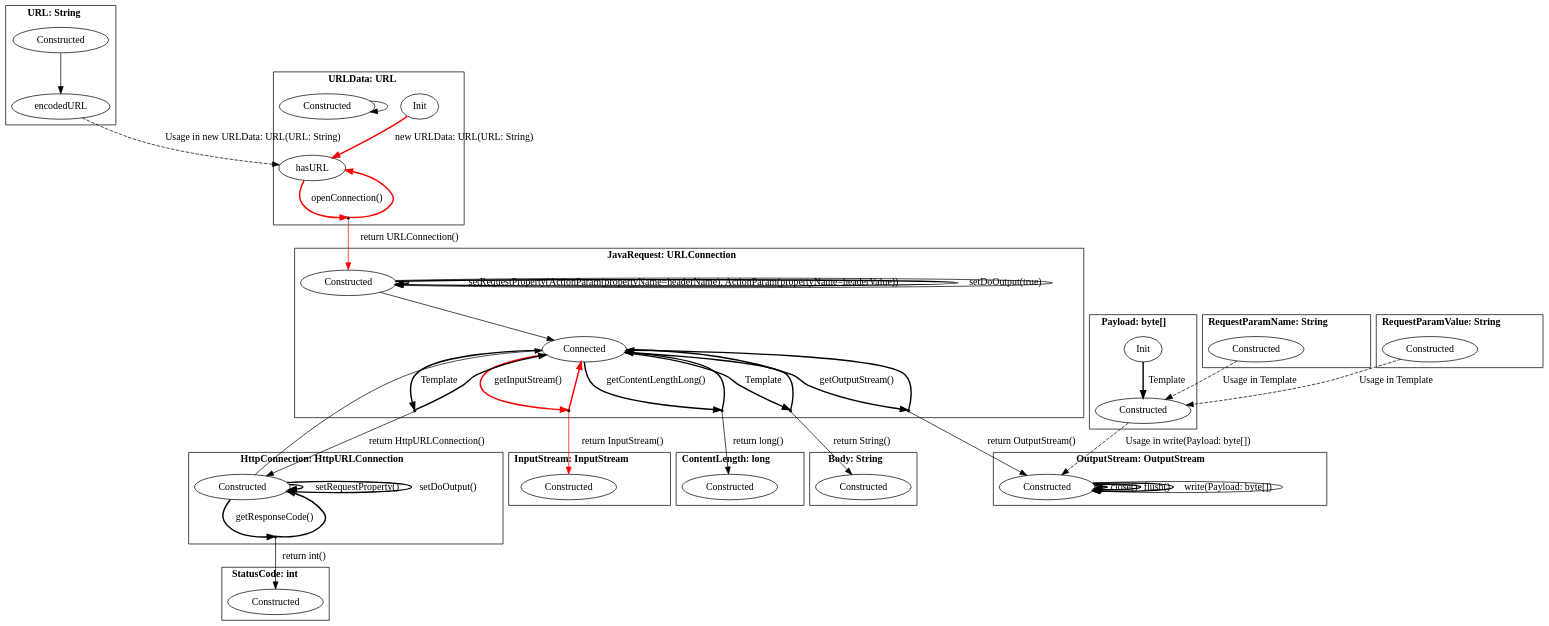
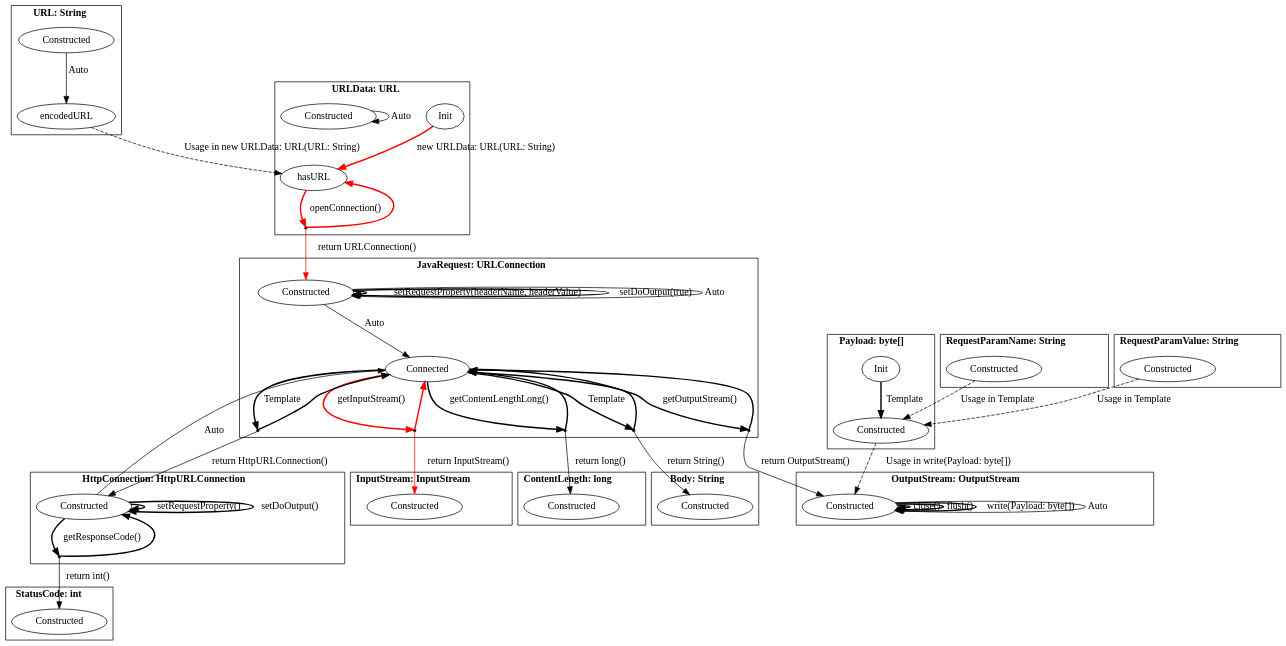
The diagram in pictures/extracted_javaOfficial.dot (h31/LibraryMigration), drawn with Graphviz before and after one commit. The commit also changed 12 other files, not shown here.

```diff
--- a/pictures/extracted_javaOfficial.dot
+++ b/pictures/extracted_javaOfficial.dot
@@ -1,103 +1,103 @@
 digraph G {
     bgcolor="transparent";
     subgraph cluster0 {
     label = <<B>URL: String</B>>;
         Constructed_URL [ label="Constructed" ];
         encodedURL_URL [ label="encodedURL" ];
     }
     subgraph cluster1 {
     label = <<B>URLData: URL</B>>;
         Init_URLData [ label="Init" ];
         hasURL_URLData [ label="hasURL" ];
         Constructed_URLData [ label="Constructed" ];
         virtual0 [ shape = point ];
     }
     subgraph cluster2 {
     label = <<B>JavaRequest: URLConnection</B>>;
         Constructed_JavaRequest [ label="Constructed" ];
         Connected_JavaRequest [ label="Connected" ];
         virtual1 [ shape = point ];
         virtual2 [ shape = point ];
         virtual3 [ shape = point ];
         virtual4 [ shape = point ];
         virtual5 [ shape = point ];
     }
     subgraph cluster3 {
     label = <<B>Body: String</B>>;
         Constructed_Body [ label="Constructed" ];
     }
     subgraph cluster4 {
     label = <<B>InputStream: InputStream</B>>;
         Constructed_InputStream [ label="Constructed" ];
     }
     subgraph cluster5 {
     label = <<B>ContentLength: long</B>>;
         Constructed_ContentLength [ label="Constructed" ];
     }
     subgraph cluster6 {
     label = <<B>StatusCode: int</B>>;
         Constructed_StatusCode [ label="Constructed" ];
     }
     subgraph cluster7 {
     label = <<B>HttpConnection: HttpURLConnection</B>>;
         Constructed_HttpConnection [ label="Constructed" ];
         virtual6 [ shape = point ];
     }
     subgraph cluster8 {
     label = <<B>OutputStream: OutputStream</B>>;
         Constructed_OutputStream [ label="Constructed" ];
     }
     subgraph cluster9 {
     label = <<B>Payload: byte[]</B>>;
         Init_Payload [ label="Init" ];
         Constructed_Payload [ label="Constructed" ];
     }
     subgraph cluster10 {
     label = <<B>RequestParamName: String</B>>;
         Constructed_RequestParamName [ label="Constructed" ];
     }
     subgraph cluster11 {
     label = <<B>RequestParamValue: String</B>>;
         Constructed_RequestParamValue [ label="Constructed" ];
     }
-        Constructed_URL -> encodedURL_URL [ label="", style = "solid"  ];
+        Constructed_URL -> encodedURL_URL [ label="Auto", style = "solid"  ];
         encodedURL_URL -> hasURL_URLData [ label="Usage in new URLData: URL(URL: String)", style = "dashed"  ];
         Init_URLData -> hasURL_URLData [ label="new URLData: URL(URL: String)", style = "bold" , color = red ];
         hasURL_URLData -> virtual0 [ style = "bold" label="openConnection()" , color = red ];
         virtual0 -> hasURL_URLData [ style = "bold" , color = red ];
         virtual0 -> Constructed_JavaRequest [ label="return URLConnection()" , color = red ];
-        Constructed_URLData -> Constructed_URLData [ label="", style = "solid"  ];
-        Constructed_JavaRequest -> Connected_JavaRequest [ label="", style = "solid"  ];
+        Constructed_URLData -> Constructed_URLData [ label="Auto", style = "solid"  ];
+        Constructed_JavaRequest -> Connected_JavaRequest [ label="Auto", style = "solid"  ];
         Connected_JavaRequest -> virtual1 [ style = "bold" label="Template"  ];
         virtual1 -> Connected_JavaRequest [ style = "bold"  ];
         virtual1 -> Constructed_Body [ label="return String()"  ];
         Connected_JavaRequest -> virtual2 [ style = "bold" label="getInputStream()" , color = red ];
         virtual2 -> Connected_JavaRequest [ style = "bold" , color = red ];
         virtual2 -> Constructed_InputStream [ label="return InputStream()" , color = red ];
-        Constructed_JavaRequest -> Constructed_JavaRequest [ label="setRequestProperty(ActionParam(propertyName&#x3D;headerName), ActionParam(propertyName&#x3D;headerValue))", style = "bold"  ];
+        Constructed_JavaRequest -> Constructed_JavaRequest [ label="setRequestProperty(headerName, headerValue)", style = "bold"  ];
         Constructed_JavaRequest -> Constructed_JavaRequest [ label="setDoOutput(true)", style = "bold"  ];
         Connected_JavaRequest -> virtual3 [ style = "bold" label="getContentLengthLong()"  ];
         virtual3 -> Connected_JavaRequest [ style = "bold"  ];
         virtual3 -> Constructed_ContentLength [ label="return long()"  ];
         Connected_JavaRequest -> virtual4 [ style = "bold" label="getOutputStream()"  ];
         virtual4 -> Connected_JavaRequest [ style = "bold"  ];
         virtual4 -> Constructed_OutputStream [ label="return OutputStream()"  ];
         Connected_JavaRequest -> virtual5 [ style = "bold" label="Template"  ];
         virtual5 -> Connected_JavaRequest [ style = "bold"  ];
         virtual5 -> Constructed_HttpConnection [ label="return HttpURLConnection()"  ];
-        Constructed_JavaRequest -> Constructed_JavaRequest [ label="", style = "solid"  ];
-        Constructed_HttpConnection -> Connected_JavaRequest [ label="", style = "solid"  ];
+        Constructed_JavaRequest -> Constructed_JavaRequest [ label="Auto", style = "solid"  ];
+        Constructed_HttpConnection -> Connected_JavaRequest [ label="Auto", style = "solid"  ];
         Constructed_HttpConnection -> virtual6 [ style = "bold" label="getResponseCode()"  ];
         virtual6 -> Constructed_HttpConnection [ style = "bold"  ];
         virtual6 -> Constructed_StatusCode [ label="return int()"  ];
         Constructed_HttpConnection -> Constructed_HttpConnection [ label="setRequestProperty()", style = "bold"  ];
         Constructed_HttpConnection -> Constructed_HttpConnection [ label="setDoOutput()", style = "bold"  ];
         Constructed_OutputStream -> Constructed_OutputStream [ label="close()", style = "bold"  ];
         Constructed_OutputStream -> Constructed_OutputStream [ label="flush()", style = "bold"  ];
         Constructed_OutputStream -> Constructed_OutputStream [ label="write(Payload: byte[])", style = "bold"  ];
-        Constructed_OutputStream -> Constructed_OutputStream [ label="", style = "solid"  ];
+        Constructed_OutputStream -> Constructed_OutputStream [ label="Auto", style = "solid"  ];
         Init_Payload -> Constructed_Payload [ label="Template", style = "bold"  ];
         Constructed_Payload -> Constructed_OutputStream [ label="Usage in write(Payload: byte[])", style = "dashed"  ];
         Constructed_RequestParamName -> Constructed_Payload [ label="Usage in Template", style = "dashed"  ];
         Constructed_RequestParamValue -> Constructed_Payload [ label="Usage in Template", style = "dashed"  ];
 }
```
